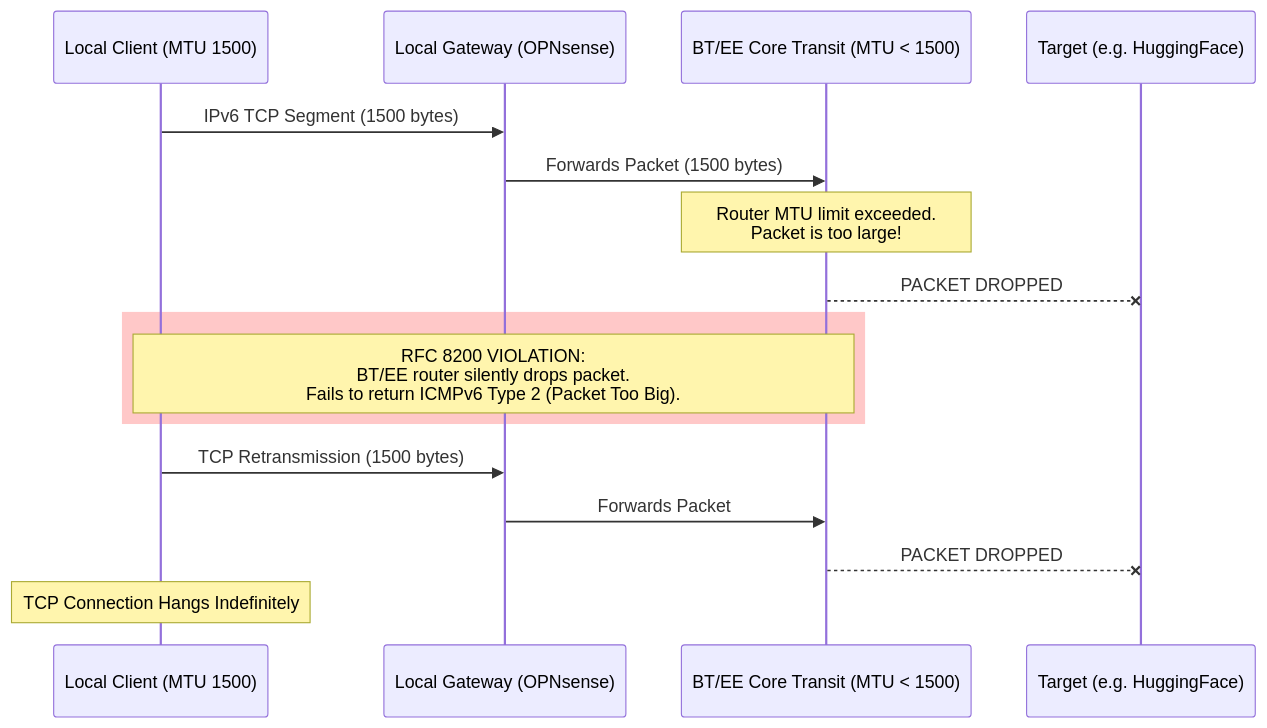
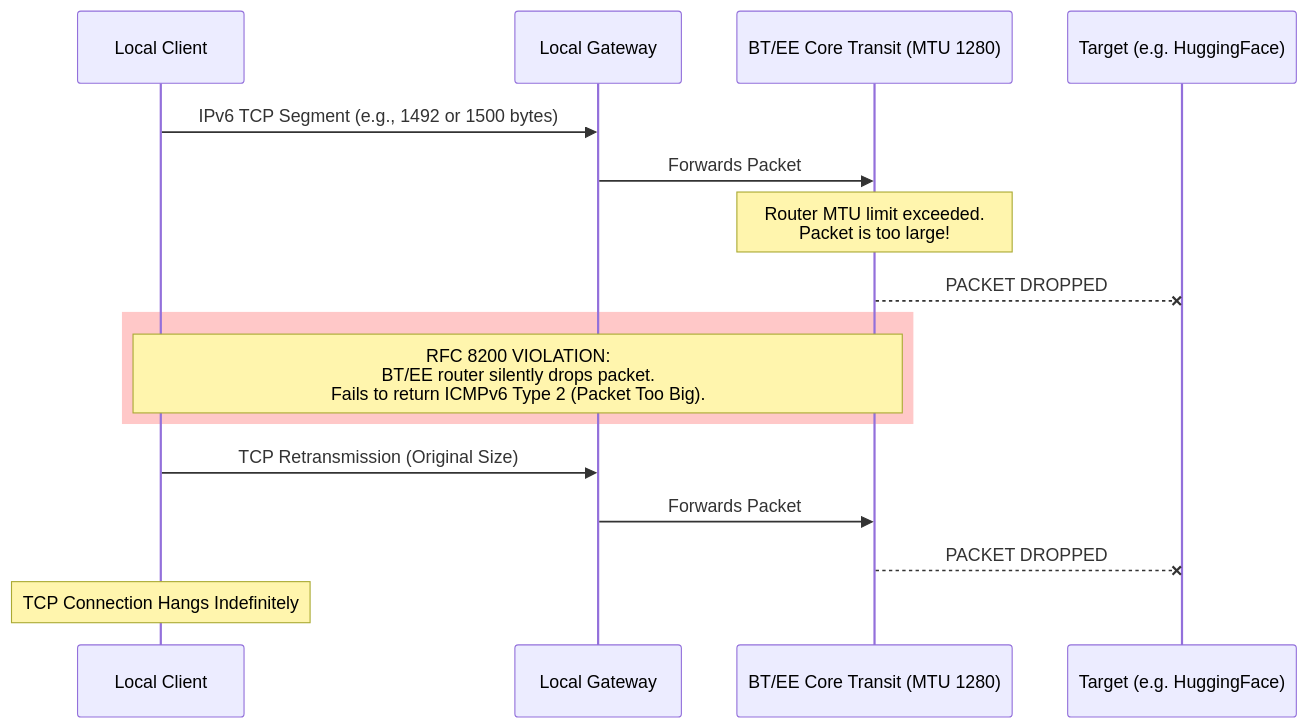
Before and after one commit to planetf1/bt-ee-ipv6-blackhole: the diagram in README.md, drawn with Mermaid. The commit also changed other lines of this file, not shown here.

````diff
--- a/README.md
+++ b/README.md
@@ -28,22 +28,22 @@
 ```mermaid
 sequenceDiagram
-    participant Client as Local Client (MTU 1500)
-    participant OPN as Local Gateway (OPNsense)
-    participant BTEE as BT/EE Core Transit (MTU < 1500)
+    participant Client as Local Client
+    participant OPN as Local Gateway
+    participant BTEE as BT/EE Core Transit (MTU 1280)
     participant Cloud as Target (e.g. HuggingFace)
 
-    Client->>OPN: IPv6 TCP Segment (1500 bytes)
-    OPN->>BTEE: Forwards Packet (1500 bytes)
+    Client->>OPN: IPv6 TCP Segment (e.g., 1492 or 1500 bytes)
+    OPN->>BTEE: Forwards Packet
     
     Note over BTEE: Router MTU limit exceeded.<br/>Packet is too large!
     BTEE--xCloud: PACKET DROPPED
     
     rect rgb(255, 200, 200)
     Note over BTEE, Client: RFC 8200 VIOLATION:<br/>BT/EE router silently drops packet.<br/>Fails to return ICMPv6 Type 2 (Packet Too Big).
     end
     
-    Client->>OPN: TCP Retransmission (1500 bytes)
+    Client->>OPN: TCP Retransmission (Original Size)
     OPN->>BTEE: Forwards Packet
     BTEE--xCloud: PACKET DROPPED
     Note over Client: TCP Connection Hangs Indefinitely
 ```
````
